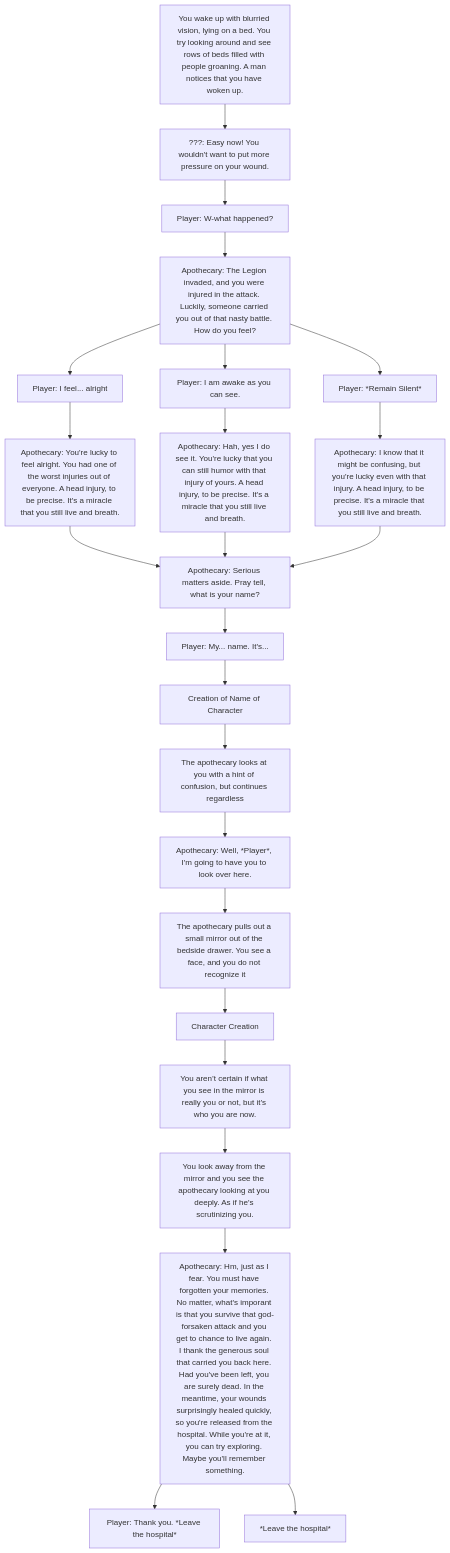
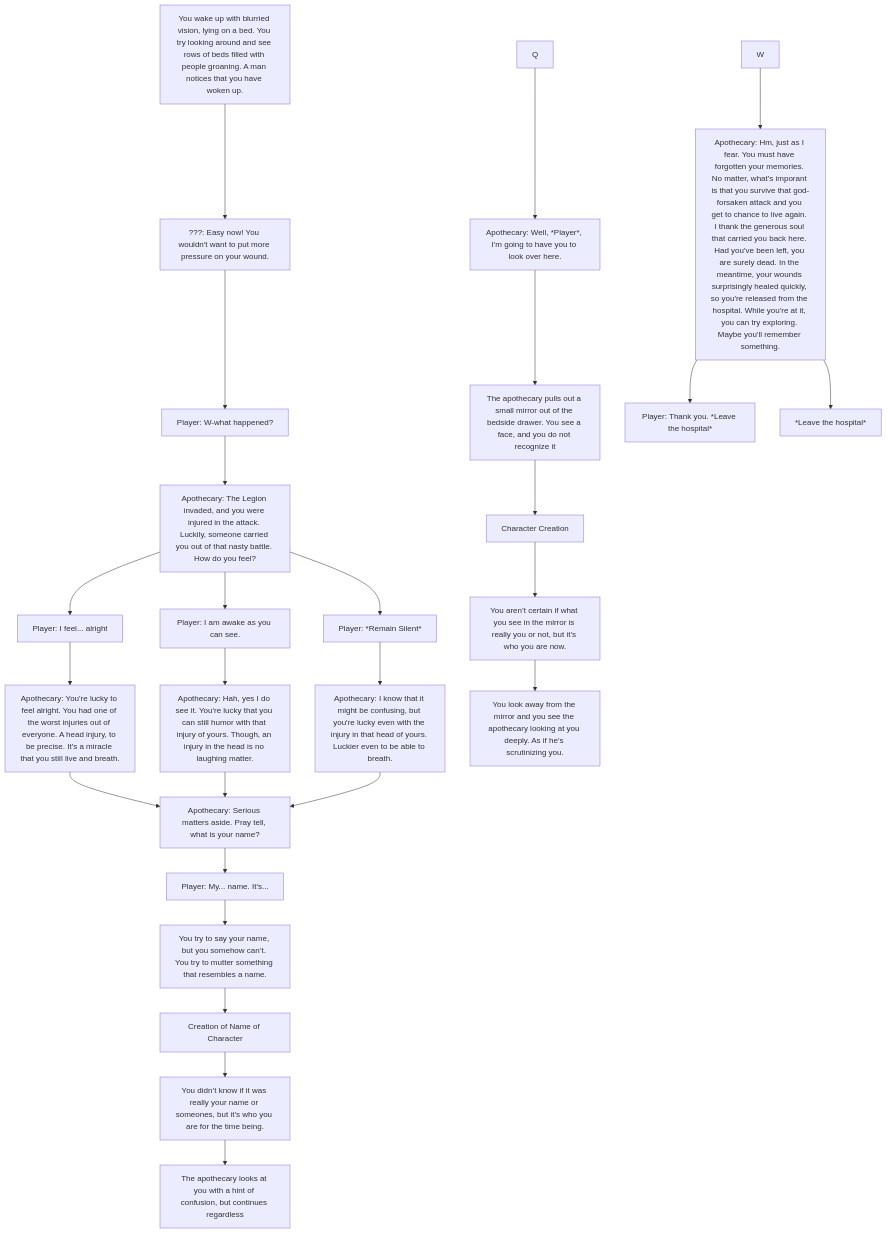
The diagram in Q1-Apothecary.md (padillaryl/cc3-rpg-DialogueTree), drawn with Mermaid before and after one commit.

````diff
--- a/Q1-Apothecary.md
+++ b/Q1-Apothecary.md
@@ -1,32 +1,34 @@
 ```mermaid
 flowchart TD
     A[You wake up with blurried vision, lying on a bed. You try looking around and see rows of beds filled with people groaning. A man notices that you have woken up.]
     A --> B[???: Easy now! You wouldn't want to put more pressure on your wound.] --> C[Player: W-what happened?]
 
     C --> D[Apothecary: The Legion invaded, and you were injured in the attack. Luckily, someone carried you out of that nasty battle. How do you feel?]
     D --> E[Player: I feel... alright]
     D --> F[Player: I am awake as you can see.]
     D --> G[Player: *Remain Silent*]
 
     E  --> H[Apothecary: You're lucky to feel alright. You had one of the worst injuries out of everyone. A head injury, to be precise. It's a miracle that you still live and breath.]
-    F --> I[Apothecary: Hah, yes I do see it. You're lucky that you can still humor with that injury of yours. A head injury, to be precise. It's a miracle that you still live and breath.]
-    G --> J[Apothecary: I know that it might be confusing, but you're lucky even with that injury. A head injury, to be precise. It's a miracle that you still live and breath.]
+    F --> I[Apothecary: Hah, yes I do see it. You're lucky that you can still humor with that injury of yours. Though, an injury in the head is no laughing matter.]
+    G --> J[Apothecary: I know that it might be confusing, but you're lucky even with the injury in that head of yours. Luckier even to be able to breath.]
 
     H & I & J --> K[Apothecary: Serious matters aside. Pray tell, what is your name?]
     K --> L[Player: My...  name. It's...]
-    L --> M[Creation of Name of Character]
+    L --> M[You try to say your name, but you somehow can’t. You try to mutter something that resembles a name.]
+    M --> N[Creation of Name of Character]
 
-    M --> N[The apothecary looks at you with a hint of confusion, but continues regardless]
-    N --> O[Apothecary: Well, *Player*, I'm going to have you to look over here.]
-    O --> P[The apothecary pulls out a small mirror out of the bedside drawer. You see a face, and you do not recognize it]
-    P --> Q[Character Creation]
+    N --> O[You didn’t know if it was really your name or someones, but it’s who you are for the time being.]
+    O --> P[The apothecary looks at you with a hint of confusion, but continues regardless]
+    Q --> R[Apothecary: Well, *Player*, I'm going to have you to look over here.]
+    R --> S[The apothecary pulls out a small mirror out of the bedside drawer. You see a face, and you do not recognize it]
+    S --> T[Character Creation]
 
-    Q --> R[You aren’t certain if what you see in the mirror is really you or not, but it’s who you are now.]
-    R --> S[You look away from the mirror and you see the apothecary looking at you deeply. As if he's scrutinizing you.]
+    T --> U[You aren’t certain if what you see in the mirror is really you or not, but it’s who you are now.]
+    U --> V[You look away from the mirror and you see the apothecary looking at you deeply. As if he's scrutinizing you.]
 
-    S --> T[Apothecary: Hm, just as I fear. You must have forgotten your memories. No matter, what's imporant is that you survive that god-forsaken attack and you get to chance to live again. I thank the generous soul that carried you back here. Had you've been left, you are surely dead. In the meantime, your wounds surprisingly healed quickly, so you're released from the hospital. While you're at it, you can try exploring. Maybe you'll remember something.]
+    W --> X[Apothecary: Hm, just as I fear. You must have forgotten your memories. No matter, what's imporant is that you survive that god-forsaken attack and you get to chance to live again. I thank the generous soul that carried you back here. Had you've been left, you are surely dead. In the meantime, your wounds surprisingly healed quickly, so you're released from the hospital. While you're at it, you can try exploring. Maybe you'll remember something.]
 
-    T --> U[Player: Thank you. *Leave the hospital*]
-    T --> V[*Leave the hospital*]
+    X --> Y[Player: Thank you. *Leave the hospital*]
+    X --> Z[*Leave the hospital*]
     
 ```
````
